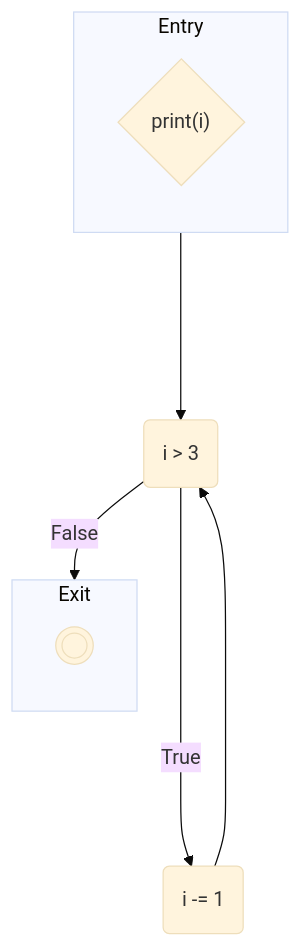
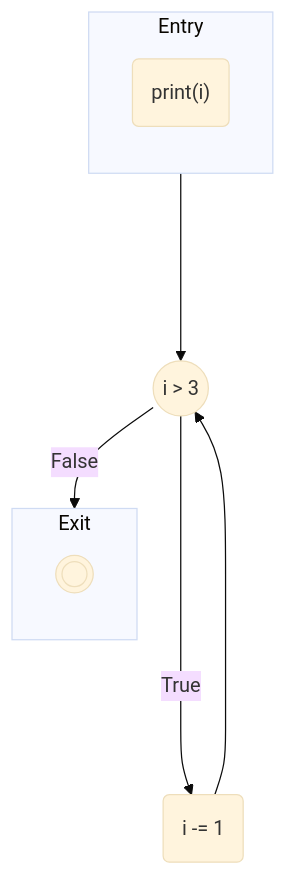
Before and after one commit to moosetechnology/moosetechnology.github.io: diagram 11 of 12 in src/content/docs/developers/fast-cfg.mdx, drawn with Mermaid (base theme). The commit also changed other lines of this file and 1 other file, not shown here.

Commit message:
Update graphs to be more explicit

````diff
--- a/src/content/docs/developers/fast-cfg.mdx
+++ b/src/content/docs/developers/fast-cfg.mdx
@@ -561,23 +561,21 @@
 ```mermaid
 flowchart TD
 	subgraph Entry
 		direction TB
-		817844992
+		1
 	end
 
-
-subgraph Exit
+	subgraph Exit
 		direction TB
-		495434240
+		4
 	end
 
-
-817844992{"print(i) "}
-	817844992 ----> 554649344
-	554649344("i > 3 ")
-	554649344 -- True --> 842246144
-	554649344 -- False --> 495434240
-	842246144("i -= 1 ")
-	842246144 ----> 554649344
-	495434240(((" ")))
+	1("print(i) ")
+	2(("i > 3 "))
+	3("i -= 1 ")
+	4(((" ")))
+	1 ----> 2
+	2 -- True --> 3
+	2 -- False --> 4
+	3 ----> 2
 ```
````
